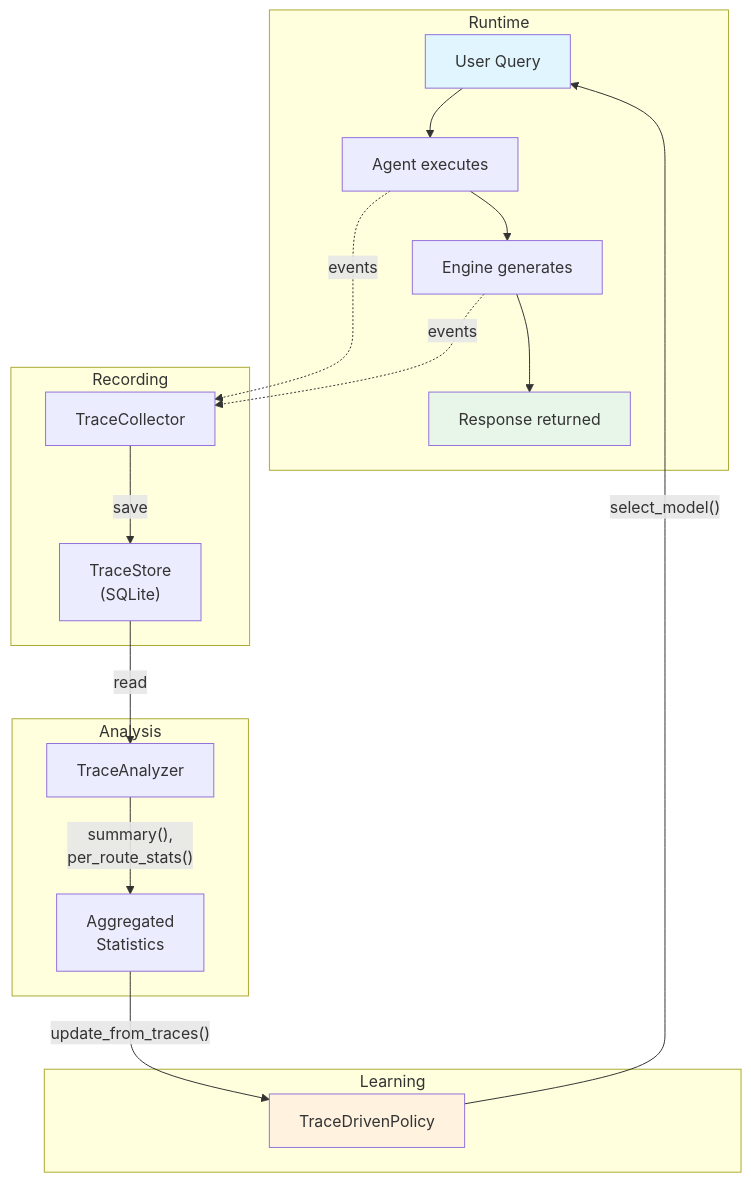
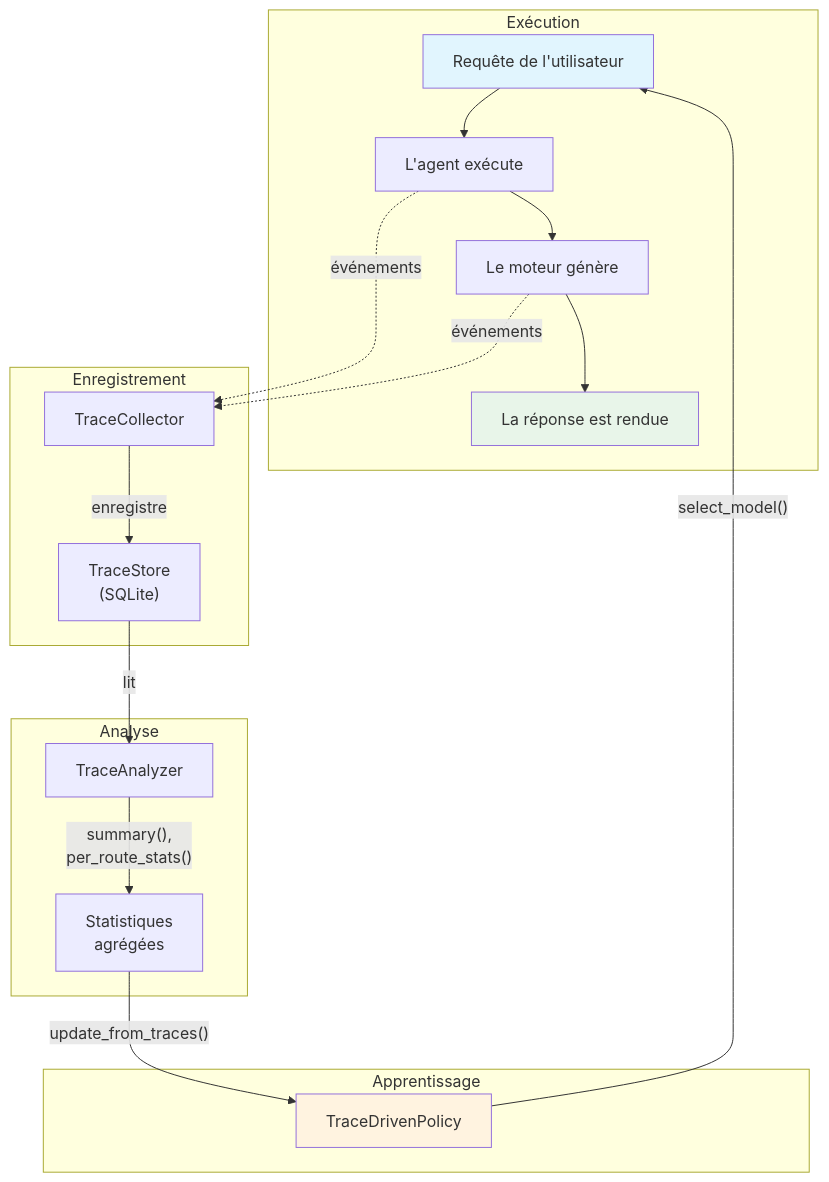
One commit to carlitoetienne01-spec/Diapason changed the diagram in docs/architecture/learning.md. Above: the diagram before and after it, drawn with Mermaid. The commit also changed other lines of this file and 257 other files, not shown here.

````diff
--- a/docs/architecture/learning.md
+++ b/docs/architecture/learning.md
@@ -454,28 +454,28 @@
 ```mermaid
 graph TB
-    subgraph "Runtime"
-        Q["User Query"] --> AGT["Agent executes"]
-        AGT --> ENG["Engine generates"]
-        ENG --> RESP["Response returned"]
+    subgraph "Exécution"
+        Q["Requête de l'utilisateur"] --> AGT["L'agent exécute"]
+        AGT --> ENG["Le moteur génère"]
+        ENG --> RESP["La réponse est rendue"]
     end
 
-    subgraph "Recording"
-        AGT -.->|"events"| COL["TraceCollector"]
-        ENG -.->|"events"| COL
-        COL -->|"save"| STO["TraceStore<br/>(SQLite)"]
+    subgraph "Enregistrement"
+        AGT -.->|"événements"| COL["TraceCollector"]
+        ENG -.->|"événements"| COL
+        COL -->|"enregistre"| STO["TraceStore<br/>(SQLite)"]
     end
 
-    subgraph "Analysis"
-        STO -->|"read"| ANA["TraceAnalyzer"]
-        ANA -->|"summary(),<br/>per_route_stats()"| STATS["Aggregated<br/>Statistics"]
+    subgraph "Analyse"
+        STO -->|"lit"| ANA["TraceAnalyzer"]
+        ANA -->|"summary(),<br/>per_route_stats()"| STATS["Statistiques<br/>agrégées"]
     end
 
-    subgraph "Learning"
+    subgraph "Apprentissage"
         STATS -->|"update_from_traces()"| POL["TraceDrivenPolicy"]
         POL -->|"select_model()"| Q
     end
 
     style Q fill:#e1f5fe
     style RESP fill:#e8f5e9
     style POL fill:#fff3e0
 ```
````
